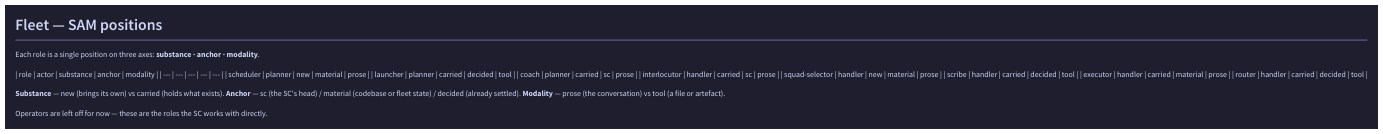
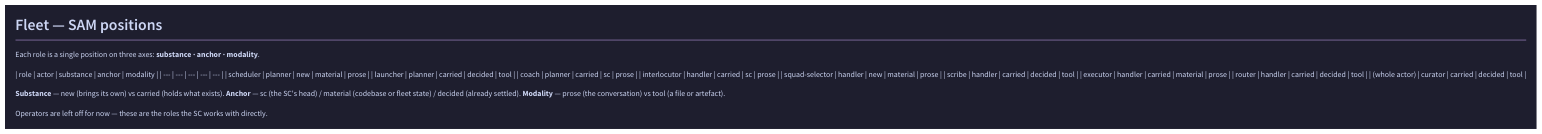
The diagram in docs/diagrams/sam.d2 (shellicar/skills), drawn with D2 before and after one commit. The commit also changed 3 other files, not shown here.

Commit message:
Add the Curator actor to the diagrams

```diff
--- a/docs/diagrams/sam.d2
+++ b/docs/diagrams/sam.d2
@@ -1,28 +1,29 @@
 vars: {
   d2-config: {
     theme-id: 200
   }
 }
 
 sam: |`md
   # Fleet — SAM positions
 
   Each role is a single position on three axes: **substance · anchor · modality**.
 
   | role | actor | substance | anchor | modality |
   | --- | --- | --- | --- | --- |
   | scheduler | planner | new | material | prose |
   | launcher | planner | carried | decided | tool |
   | coach | planner | carried | sc | prose |
   | interlocutor | handler | carried | sc | prose |
   | squad-selector | handler | new | material | prose |
   | scribe | handler | carried | decided | tool |
   | executor | handler | carried | material | prose |
   | router | handler | carried | decided | tool |
+  | (whole actor) | curator | carried | decided | tool |
 
   **Substance** — new (brings its own) vs carried (holds what exists).
   **Anchor** — sc (the SC's head) / material (codebase or fleet state) / decided (already settled).
   **Modality** — prose (the conversation) vs tool (a file or artefact).
 
   Operators are left off for now — these are the roles the SC works with directly.
 `|
```
